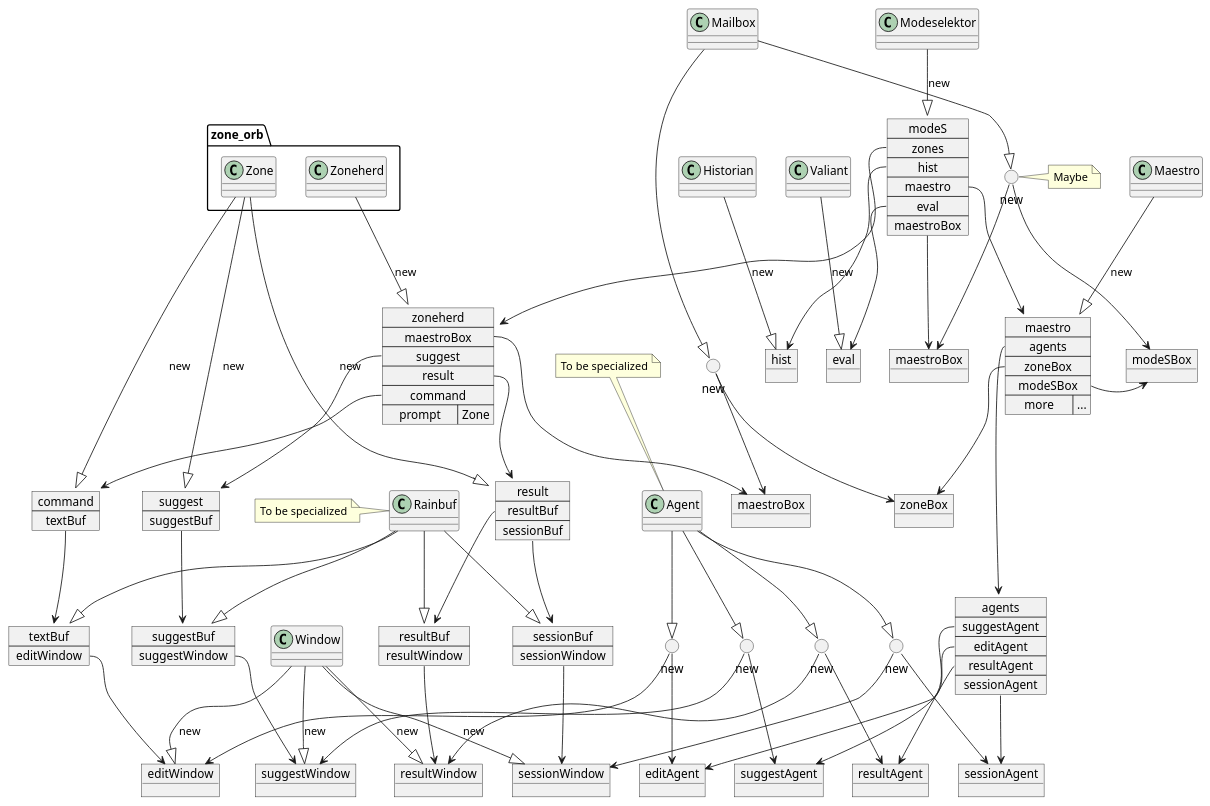
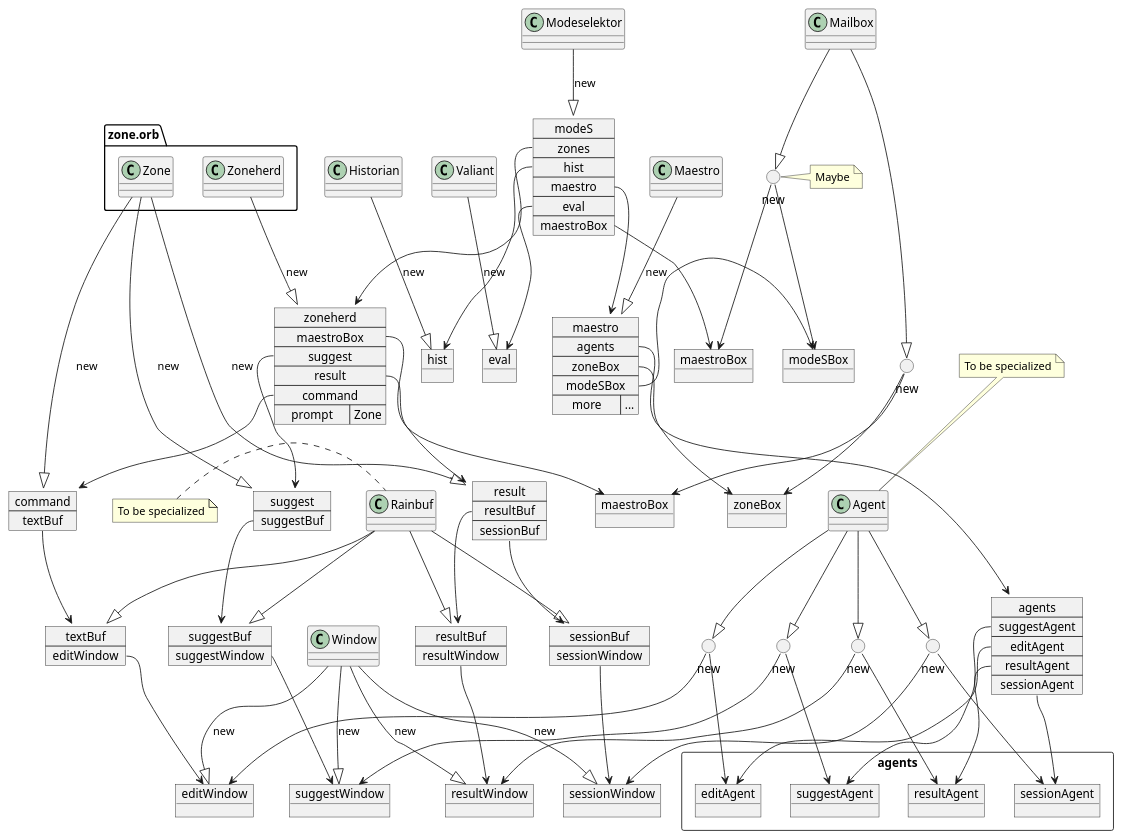
One commit to orb-lang/helm changed the diagram in orb/design/helm.plantuml. Above: the diagram before and after it, drawn with PlantUML. The commit also changed 1 other file, not shown here.

```diff
--- a/orb/design/helm.plantuml
+++ b/orb/design/helm.plantuml
@@ -2,152 +2,146 @@
 @startuml
 class Modeselektor
 class Historian
-package zone_orb <<Folder>> {
+package "zone.orb" as zone_orb <<Folder>> {
    class Zoneherd
    class Zone
 }
 class Valiant
 class Maestro
 class Agent
 note top: To be specialized
 class Window
 class Mailbox
 
 class Rainbuf
 note left: To be specialized
 
-
 object hist
-
 object eval
-
 
 object suggestWindow
 object editWindow
 object resultWindow
 object sessionWindow
 
 map suggestBuf {
    suggestWindow *--> suggestWindow
 }
 
 map textBuf {
    editWindow *--> editWindow
 }
 
 map resultBuf {
    resultWindow *--> resultWindow
 }
 
 map sessionBuf {
    sessionWindow *--> sessionWindow
 }
 
 map suggest {
    suggestBuf *--> suggestBuf
 }
 
 
 map result {
    resultBuf *--> resultBuf
    sessionBuf *--> sessionBuf
 }
 
 map command {
    textBuf *--> textBuf
 }
 
 object zoneBox
 object maestroBox
 object "maestroBox" as modeS_maestroBox
 object modeSBox
 
 map zoneherd {
     maestroBox *--> maestroBox
     suggest *--> suggest
     result  *--> result
     command *--> command
     prompt   => Zone
 }
 
+rectangle "agents" as AG {
 object suggestAgent
 object editAgent
 object resultAgent
 object sessionAgent
+}
+
 
 map agents {
-   suggestAgent *--> suggestAgent
-   editAgent *--> editAgent
-   resultAgent *--> resultAgent
-   sessionAgent *--> sessionAgent
+   suggestAgent *--> AG.suggestAgent
+   editAgent *--> AG.editAgent
+   resultAgent *--> AG.resultAgent
+   sessionAgent *--> AG.sessionAgent
 }
 
 map maestro {
    agents *--> agents
    zoneBox *--> zoneBox
    modeSBox *-> modeSBox
    more => ...
 }
 
 map modeS {
    zones *--> zoneherd
    hist  *--> hist
    maestro *--> maestro
    eval    *--> eval
    maestroBox *-> modeS_maestroBox
 }
 
 circle "new" as newSuggestAgent
 circle "new" as newEditAgent
 circle "new" as newResultAgent
 circle "new" as newSessionAgent
 
 circle "new" as newZoneMailbox
 circle "new" as newModeSMailbox
 note right: Maybe
 
 Modeselektor --|> modeS : new
 Zoneherd --|> zoneherd : new
 Zone --|> suggest : new
 Zone --|> command : new
 Zone --|> result  : new
 Historian --|> hist : new
 Valiant --|> eval : new
 Maestro --|> maestro : new
 
 Agent --|> newSuggestAgent
 Agent --|> newEditAgent
 Agent --|> newResultAgent
 Agent --|> newSessionAgent
 Window --|> suggestWindow : new
 Window --|> editWindow : new
 Window --|> resultWindow : new
 Window --|> sessionWindow : new
 newSuggestAgent --> suggestAgent
 newSuggestAgent --> suggestWindow
 newEditAgent --> editAgent
 newEditAgent --> editWindow
 newResultAgent --> resultAgent
 newResultAgent --> resultWindow
 newSessionAgent --> sessionAgent
 newSessionAgent --> sessionWindow
 
 Rainbuf --|> suggestBuf
 Rainbuf --|> resultBuf
 Rainbuf --|> textBuf
 Rainbuf --|> sessionBuf
 
 Mailbox --|> newZoneMailbox
 newZoneMailbox --> zoneBox
 newZoneMailbox --> maestroBox
 Mailbox --|> newModeSMailbox
 newModeSMailbox --> modeSBox
 newModeSMailbox --> modeS_maestroBox
 
-
-
-
-
-
-
 @enduml
```
